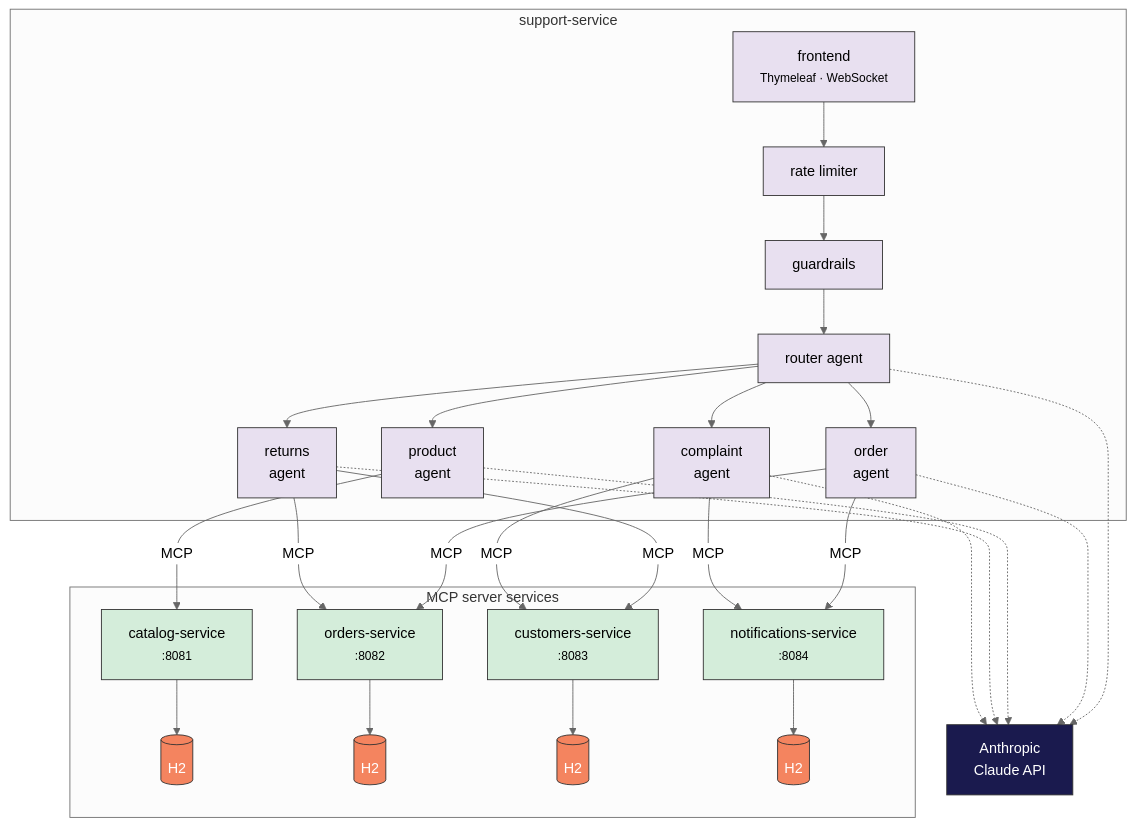
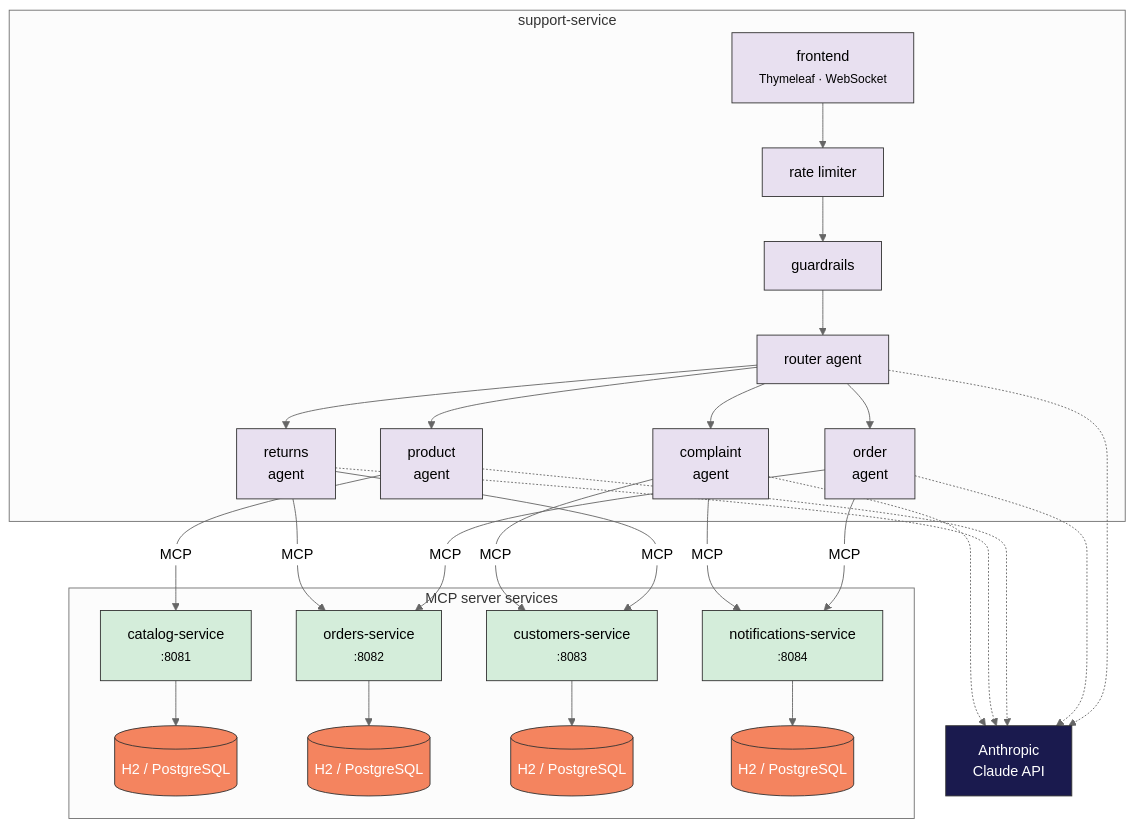
The diagram in docs/architecture.md (btjimerson/cloud-cart-support-java), drawn with Mermaid (neutral theme) before and after one commit. The commit also changed 13 other files, not shown here.

First line of the commit message:
Add external PostgreSQL database support via Spring profile

````diff
--- a/docs/architecture.md
+++ b/docs/architecture.md
@@ -1,63 +1,63 @@
 ```mermaid
 graph TD
     subgraph support-service ["support-service"]
         frontend["frontend<br/><small>Thymeleaf · WebSocket</small>"]
         ratelimit["rate limiter"]
         guardrails["guardrails"]
         router["router agent"]
         order_agent["order<br/>agent"]
         product_agent["product<br/>agent"]
         returns_agent["returns<br/>agent"]
         complaint_agent["complaint<br/>agent"]
 
         frontend --> ratelimit --> guardrails --> router
         router --> order_agent
         router --> product_agent
         router --> returns_agent
         router --> complaint_agent
     end
 
     subgraph mcp-servers ["MCP server services"]
         catalog["catalog-service<br/><small>:8081</small>"]
         orders["orders-service<br/><small>:8082</small>"]
         customers["customers-service<br/><small>:8083</small>"]
         notifications["notifications-service<br/><small>:8084</small>"]
 
-        catalog --> catalog_db[("H2")]
-        orders --> orders_db[("H2")]
-        customers --> customers_db[("H2")]
-        notifications --> notifications_db[("H2")]
+        catalog --> catalog_db[("H2 / PostgreSQL")]
+        orders --> orders_db[("H2 / PostgreSQL")]
+        customers --> customers_db[("H2 / PostgreSQL")]
+        notifications --> notifications_db[("H2 / PostgreSQL")]
     end
 
     order_agent -->|MCP| orders
     order_agent -->|MCP| notifications
     product_agent -->|MCP| catalog
     returns_agent -->|MCP| orders
     returns_agent -->|MCP| customers
     complaint_agent -->|MCP| customers
     complaint_agent -->|MCP| notifications
 
     router -..-> claude
     order_agent -..-> claude
     product_agent -..-> claude
     returns_agent -..-> claude
     complaint_agent -..-> claude["Anthropic<br/>Claude API"]
 
     style frontend fill:#e8e0f0,stroke:#333
     style ratelimit fill:#e8e0f0,stroke:#333
     style guardrails fill:#e8e0f0,stroke:#333
     style router fill:#e8e0f0,stroke:#333
     style order_agent fill:#e8e0f0,stroke:#333
     style product_agent fill:#e8e0f0,stroke:#333
     style returns_agent fill:#e8e0f0,stroke:#333
     style complaint_agent fill:#e8e0f0,stroke:#333
     style catalog fill:#d4edda,stroke:#333
     style orders fill:#d4edda,stroke:#333
     style customers fill:#d4edda,stroke:#333
     style notifications fill:#d4edda,stroke:#333
     style catalog_db fill:#f4845f,stroke:#333,color:#fff
     style orders_db fill:#f4845f,stroke:#333,color:#fff
     style customers_db fill:#f4845f,stroke:#333,color:#fff
     style notifications_db fill:#f4845f,stroke:#333,color:#fff
     style claude fill:#1a1a4e,stroke:#333,color:#fff
 ```
````
